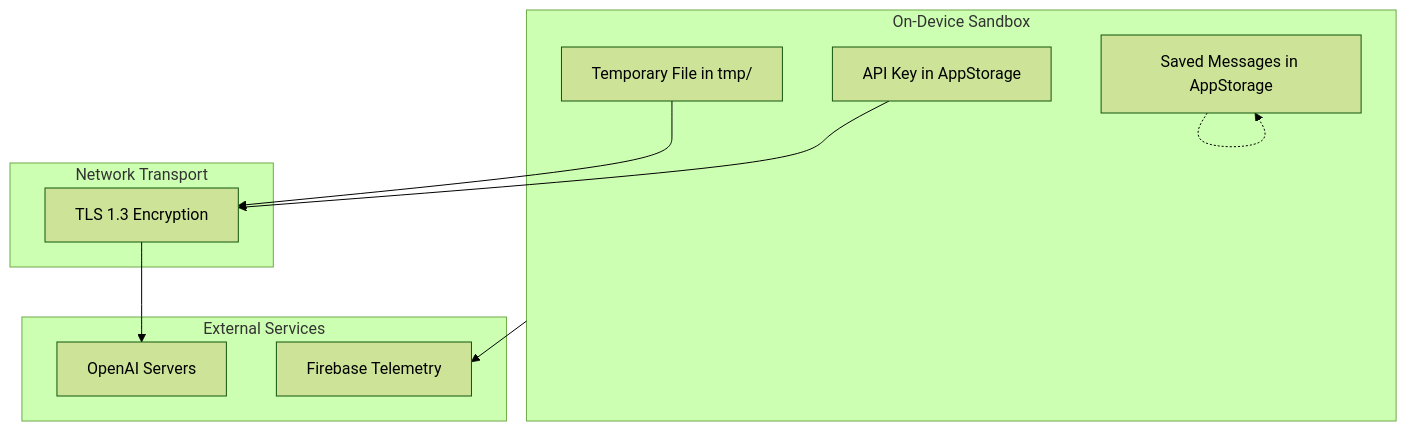
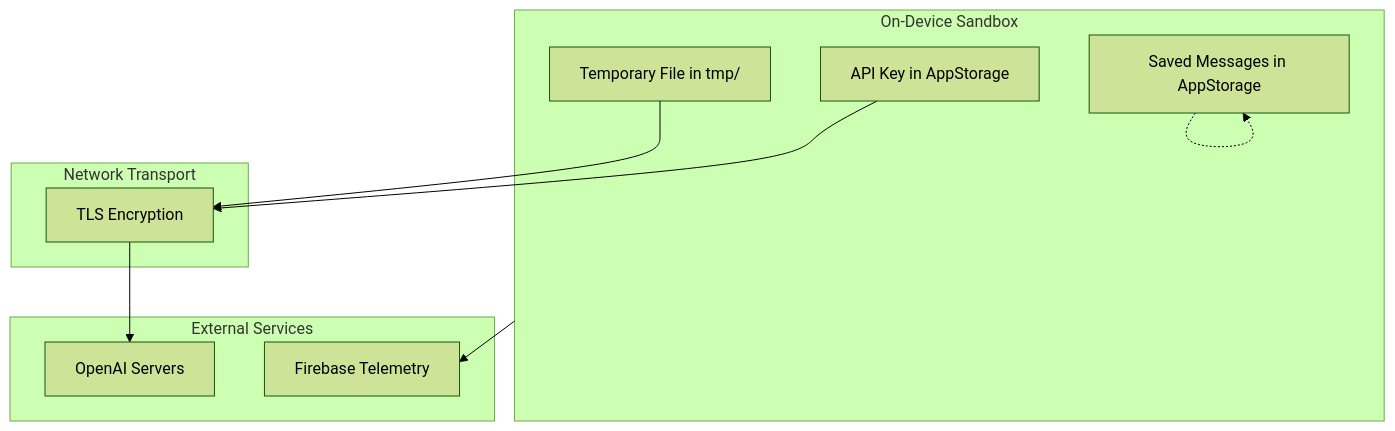
The fourth of 4 diagrams in README.md (Gunnarguy/OpenAssistant), drawn with Mermaid (forest theme) before and after one commit. The commit also changed other lines of this file and 1 other file, not shown here.

````diff
--- a/README.md
+++ b/README.md
@@ -152,21 +154,21 @@
 ```mermaid
 flowchart TD
     subgraph Device ["On-Device Sandbox"]
         Key[API Key in AppStorage]
         Msg[Saved Messages in AppStorage]
         Tmp[Temporary File in tmp/]
     end
     subgraph Transport ["Network Transport"]
-        TLS[TLS 1.3 Encryption]
+        TLS[TLS Encryption]
     end
     subgraph Cloud ["External Services"]
         OpenAI[OpenAI Servers]
         Firebase[Firebase Telemetry]
     end
 
     Key --> TLS
     Tmp --> TLS
     TLS --> OpenAI
     Msg -.-> Msg
     Device --> Firebase
 ```
````
